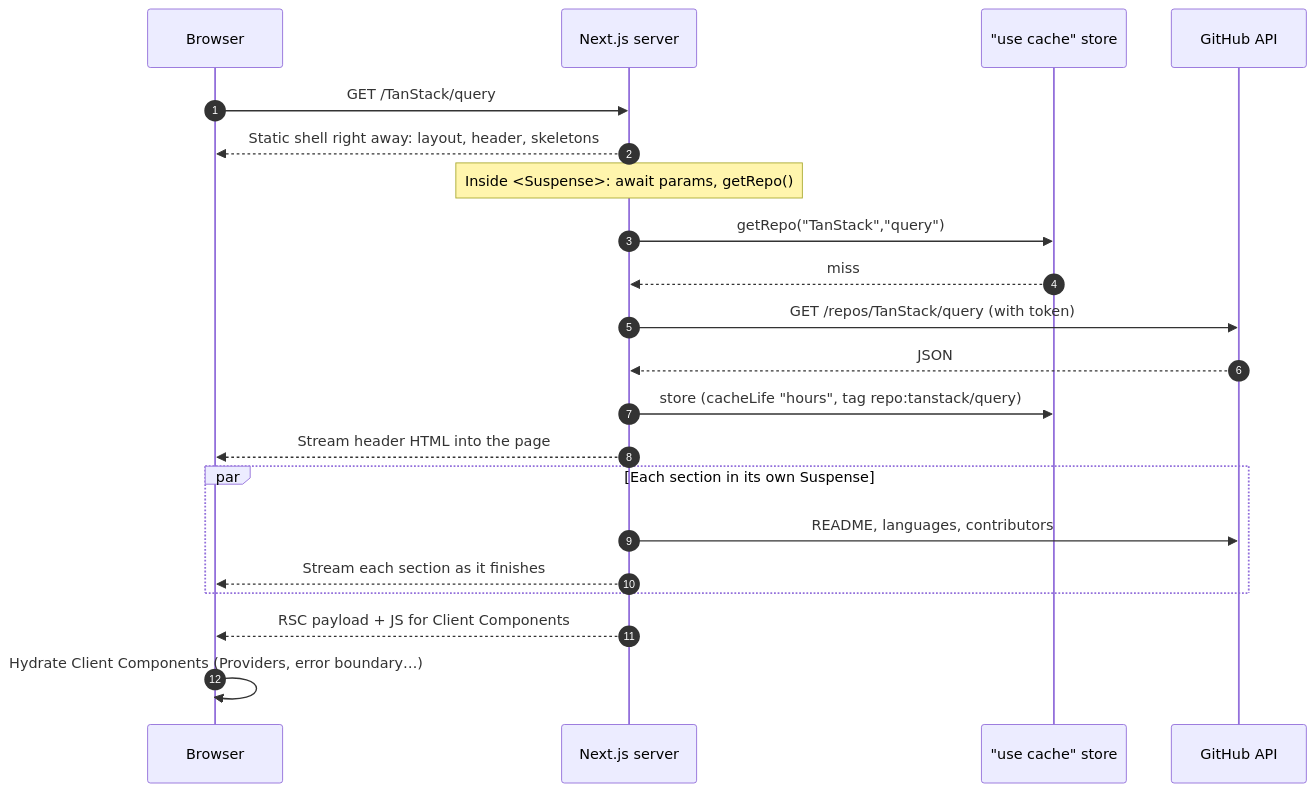
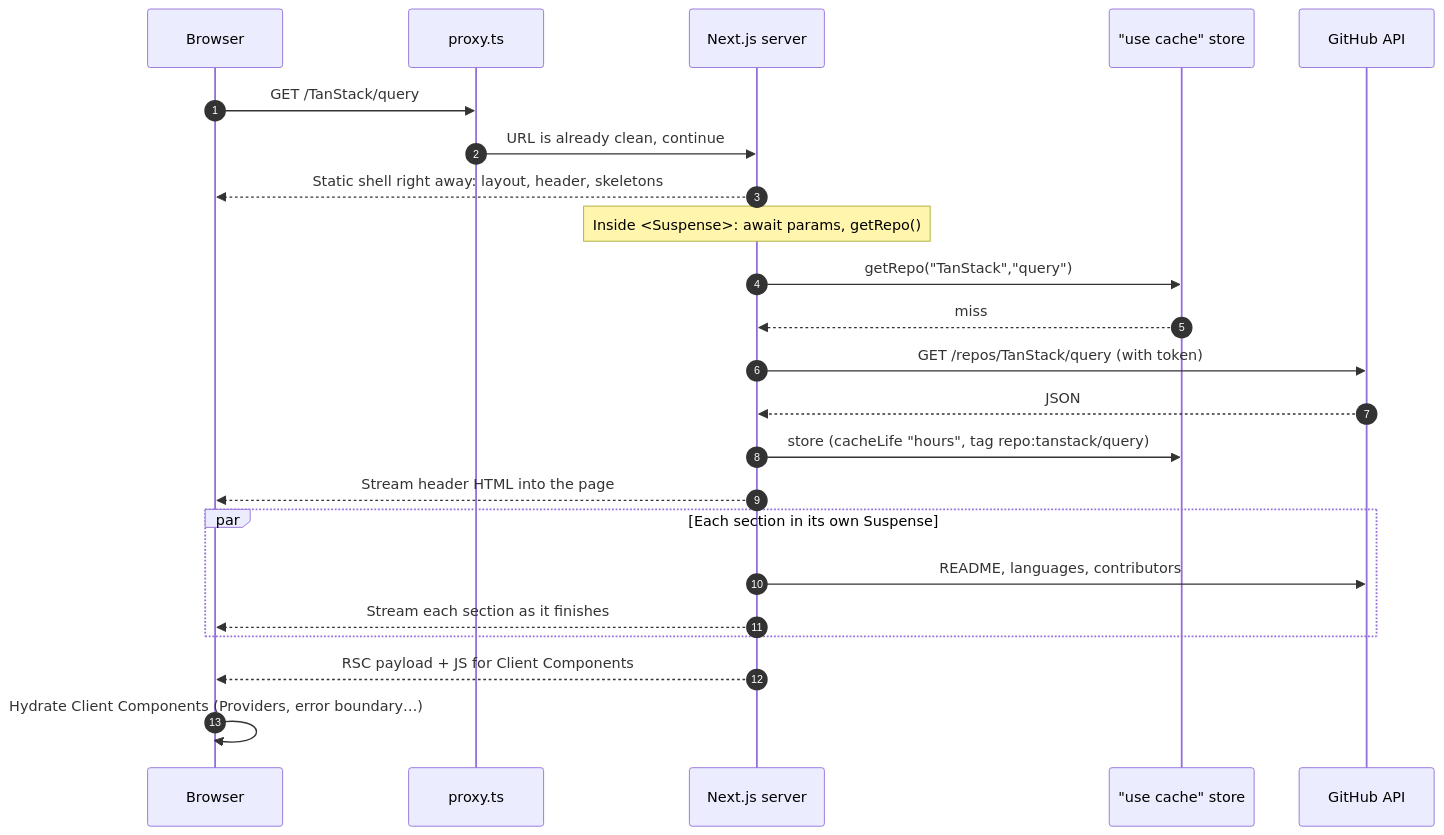
One commit to tarnishedMind/RepoRadar changed the fifth of 15 diagrams in docs/ARCHITECTURE.md. Above: the diagram before and after it, drawn with Mermaid. The commit also changed other lines of this file and 16 other files, not shown here.

````diff
--- a/docs/ARCHITECTURE.md
+++ b/docs/ARCHITECTURE.md
@@ -145,24 +153,26 @@
 ```mermaid
 sequenceDiagram
   autonumber
   participant B as Browser
+  participant P as proxy.ts
   participant N as Next.js server
   participant C as "use cache" store
   participant G as GitHub API
 
-  B->>N: GET /TanStack/query
+  B->>P: GET /TanStack/query
+  P->>N: URL is already clean, continue
   N-->>B: Static shell right away: layout, header, skeletons
   Note over N: Inside <Suspense>: await params, getRepo()
   N->>C: getRepo("TanStack","query")
   C-->>N: miss
   N->>G: GET /repos/TanStack/query (with token)
   G-->>N: JSON
   N->>C: store (cacheLife "hours", tag repo:tanstack/query)
   N-->>B: Stream header HTML into the page
   par Each section in its own Suspense
     N->>G: README, languages, contributors
     N-->>B: Stream each section as it finishes
   end
   N-->>B: RSC payload + JS for Client Components
   B->>B: Hydrate Client Components (Providers, error boundary…)
 ```
````
